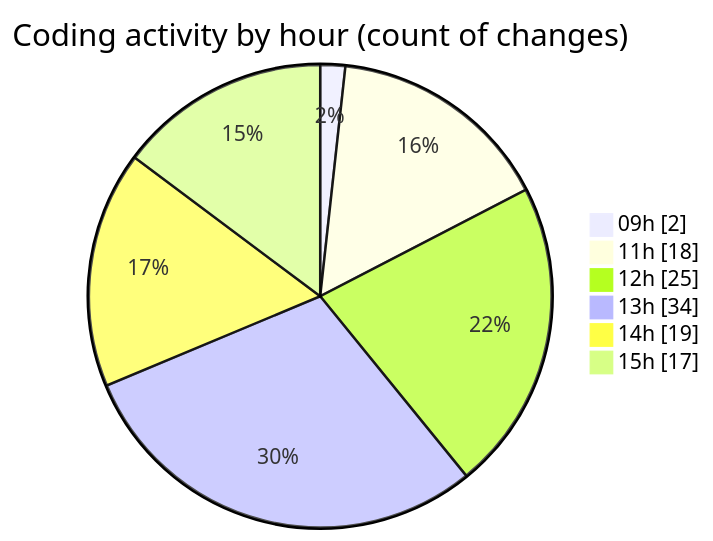
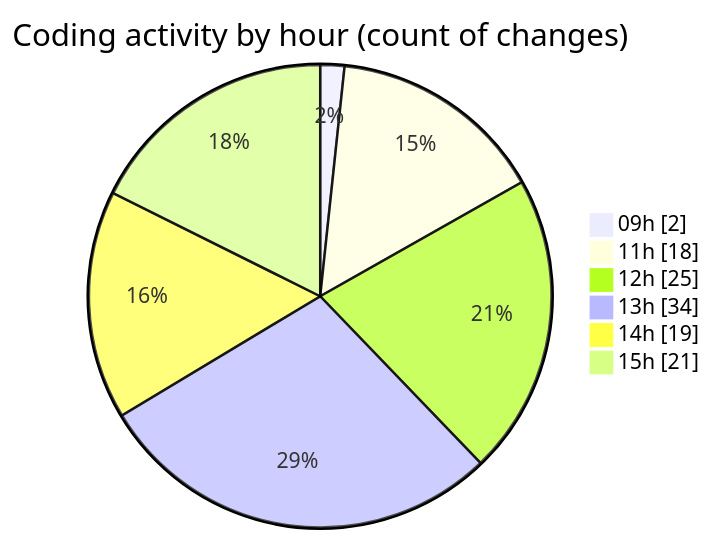
Before and after one commit to momahboobian/code-tracking: the second of 2 diagrams in 2025-06-30/cda/README.md, drawn with Mermaid. The commit also changed other lines of this file and 1 other file, not shown here.

````diff
--- a/2025-06-30/cda/README.md
+++ b/2025-06-30/cda/README.md
@@ -52,10 +52,10 @@
 ```mermaid
 pie showData
 title Coding activity by hour (count of changes)
 "09h" : 2
 "11h" : 18
 "12h" : 25
 "13h" : 34
 "14h" : 19
-"15h" : 17
+"15h" : 21
 ```
````
